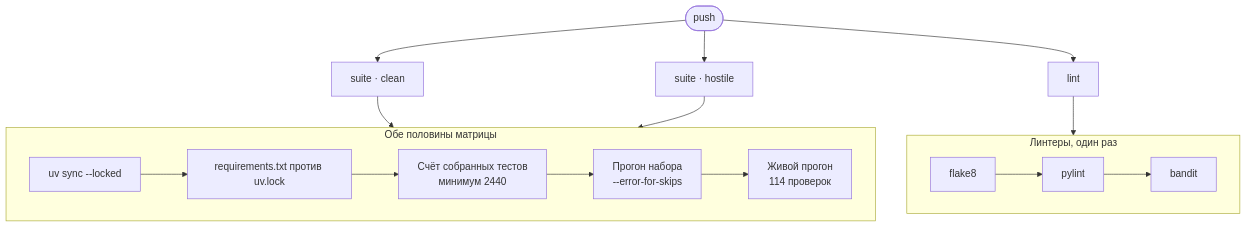
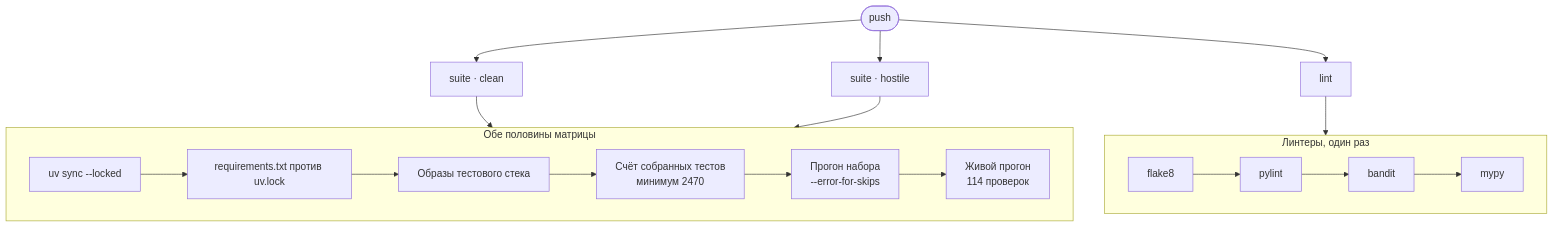
The second of 3 diagrams in docs/DEVELOPER_GUIDE.md (IAMN1/link-shortener), drawn with Mermaid before and after one commit. The commit also changed other lines of this file and 45 other files, not shown here.

````diff
--- a/docs/DEVELOPER_GUIDE.md
+++ b/docs/DEVELOPER_GUIDE.md
@@ -322,21 +393,22 @@
 ```mermaid
 flowchart TD
     PUSH([push]) --> CLEAN[suite · clean]
     PUSH --> HOST[suite · hostile]
     PUSH --> LINT[lint]
 
     subgraph S["Обе половины матрицы"]
         L1[uv sync --locked] --> L2[requirements.txt против uv.lock]
-        L2 --> L3[Счёт собранных тестов<br/>минимум 2440]
-        L3 --> L4[Прогон набора<br/>--error-for-skips]
-        L4 --> L5[Живой прогон<br/>114 проверок]
+        L2 --> L3[Образы тестового стека]
+        L3 --> L4[Счёт собранных тестов<br/>минимум 2470]
+        L4 --> L5[Прогон набора<br/>--error-for-skips]
+        L5 --> L6[Живой прогон<br/>114 проверок]
     end
 
     subgraph T["Линтеры, один раз"]
-        F[flake8] --> P[pylint] --> B[bandit]
+        F[flake8] --> P[pylint] --> B[bandit] --> M[mypy]
     end
 
     CLEAN --> S
     HOST --> S
     LINT --> T
 ```
````
